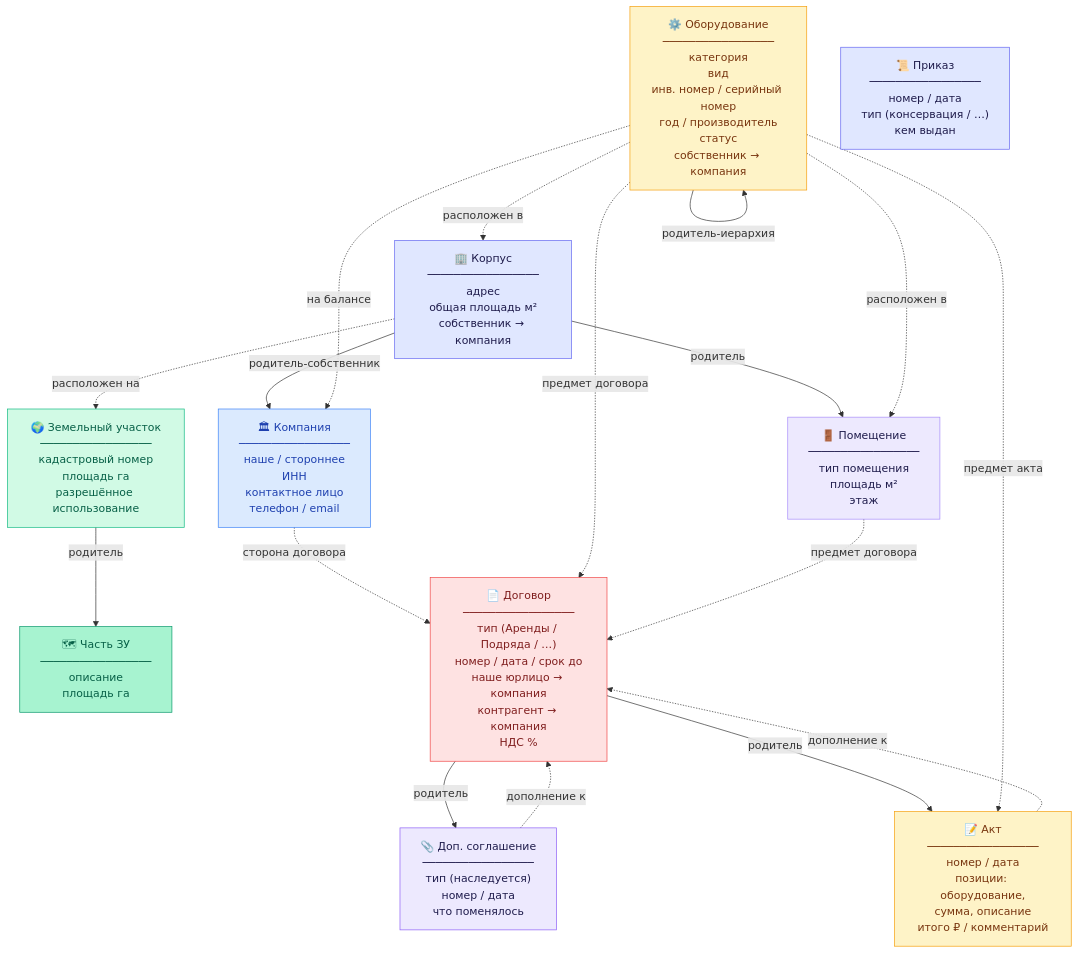
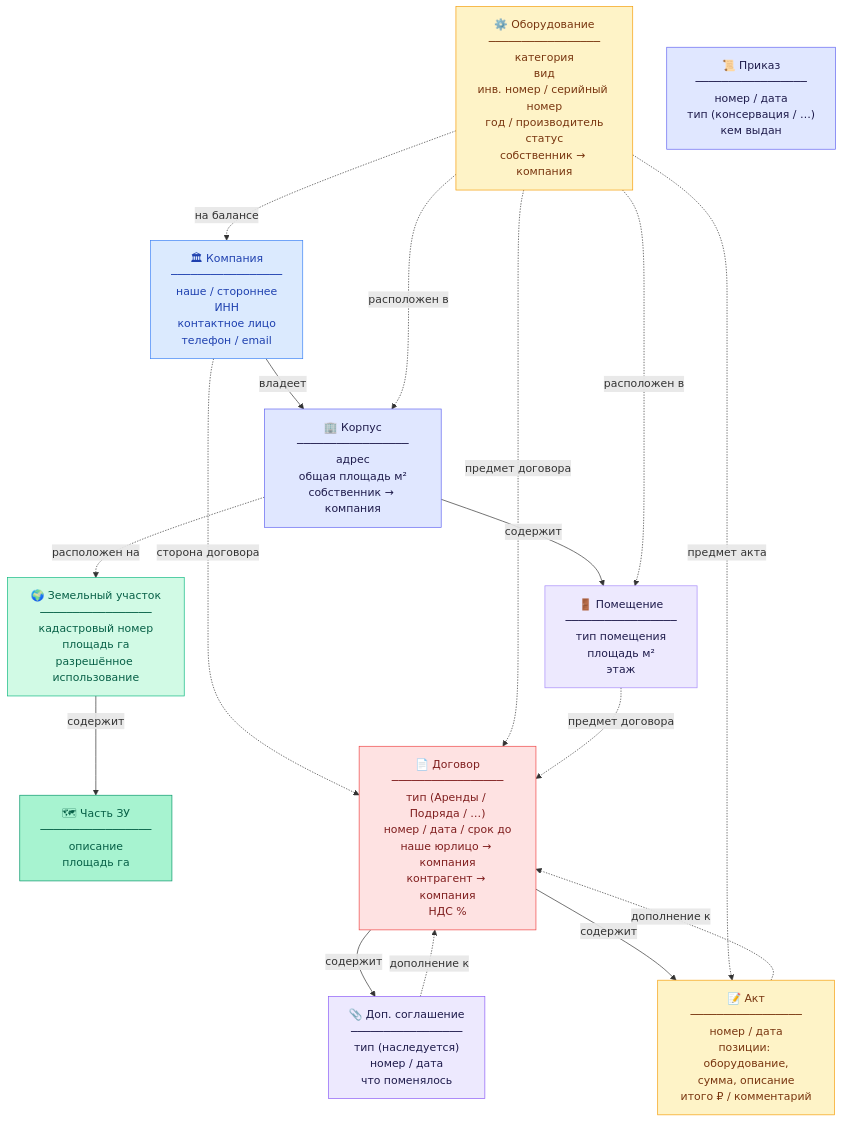
The second of 2 diagrams in ER.md (ValentinaArta/IndParkDocs), drawn with Mermaid before and after one commit. The commit also changed other lines of this file, not shown here.

Commit message:
docs: ER — fix company owns building, explain equipment hierarchy, remove self-loop

````diff
--- a/ER.md
+++ b/ER.md
@@ -69,50 +69,49 @@
 ```mermaid
 graph TD
     %% ─── ТЕРРИТОРИЯ ───────────────────────────────
     LP["🌍 Земельный участок<br/>─────────────────<br/>кадастровый номер<br/>площадь га<br/>разрешённое использование"]
     LPP["🗺 Часть ЗУ<br/>─────────────────<br/>описание<br/>площадь га"]
     BLD["🏢 Корпус<br/>─────────────────<br/>адрес<br/>общая площадь м²<br/>собственник → компания"]
     RM["🚪 Помещение<br/>─────────────────<br/>тип помещения<br/>площадь м²<br/>этаж"]
     EQ["⚙️ Оборудование<br/>─────────────────<br/>категория<br/>вид<br/>инв. номер / серийный номер<br/>год / производитель<br/>статус<br/>собственник → компания"]
 
     %% ─── КОМПАНИИ ─────────────────────────────────
     CO["🏛 Компания<br/>─────────────────<br/>наше / стороннее<br/>ИНН<br/>контактное лицо<br/>телефон / email"]
 
     %% ─── ДОКУМЕНТЫ ────────────────────────────────
     CT["📄 Договор<br/>─────────────────<br/>тип (Аренды / Подряда / …)<br/>номер / дата / срок до<br/>наше юрлицо → компания<br/>контрагент → компания<br/>НДС %"]
     SP["📎 Доп. соглашение<br/>─────────────────<br/>тип (наследуется)<br/>номер / дата<br/>что поменялось"]
     ACT["📝 Акт<br/>─────────────────<br/>номер / дата<br/>позиции: оборудование,<br/>сумма, описание<br/>итого ₽ / комментарий"]
     ORD["📜 Приказ<br/>─────────────────<br/>номер / дата<br/>тип (консервация / …)<br/>кем выдан"]
 
-    %% ─── Иерархия родитель → потомок ─────────────
-    LP  -->|"родитель"| LPP
-    BLD -->|"родитель-собственник"| CO
-    BLD -->|"родитель"| RM
-    EQ  -->|"родитель-иерархия"| EQ
-    CT  -->|"родитель"| SP
-    CT  -->|"родитель"| ACT
+    %% ─── Иерархия: стрелка от родителя к потомку ───
+    CO  -->|"владеет"| BLD
+    LP  -->|"содержит"| LPP
+    BLD -->|"содержит"| RM
+    CT  -->|"содержит"| SP
+    CT  -->|"содержит"| ACT
 
     %% ─── Связи (таблица relations) ────────────────
     BLD -.->|"расположен на"| LP
     EQ  -.->|"расположен в"| BLD
     EQ  -.->|"расположен в"| RM
     CO  -.->|"сторона договора"| CT
     EQ  -.->|"предмет договора"| CT
     RM  -.->|"предмет договора"| CT
     EQ  -.->|"предмет акта"| ACT
     SP  -.->|"дополнение к"| CT
     ACT -.->|"дополнение к"| CT
     EQ  -.->|"на балансе"| CO
 
     %% ─── Стили ────────────────────────────────────
     style LP  fill:#d1fae5,stroke:#10B981,color:#065f46
     style LPP fill:#a7f3d0,stroke:#059669,color:#065f46
     style BLD fill:#e0e7ff,stroke:#6366F1,color:#1e1b4b
     style RM  fill:#ede9fe,stroke:#A78BFA,color:#1e1b4b
     style EQ  fill:#fef3c7,stroke:#F59E0B,color:#78350f
     style CO  fill:#dbeafe,stroke:#3B82F6,color:#1e40af
     style CT  fill:#fee2e2,stroke:#EF4444,color:#7f1d1d
     style SP  fill:#ede9fe,stroke:#8B5CF6,color:#1e1b4b
     style ACT fill:#fef3c7,stroke:#F59E0B,color:#78350f
     style ORD fill:#e0e7ff,stroke:#6366F1,color:#1e1b4b
 ```
````
